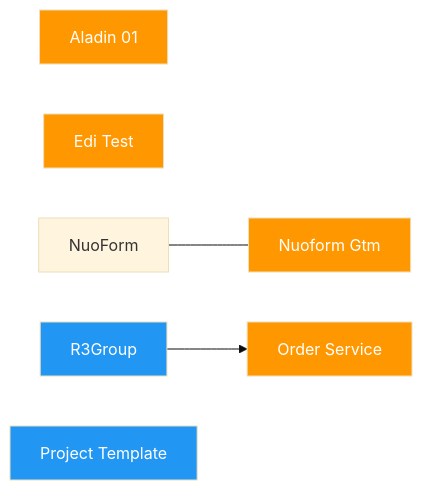
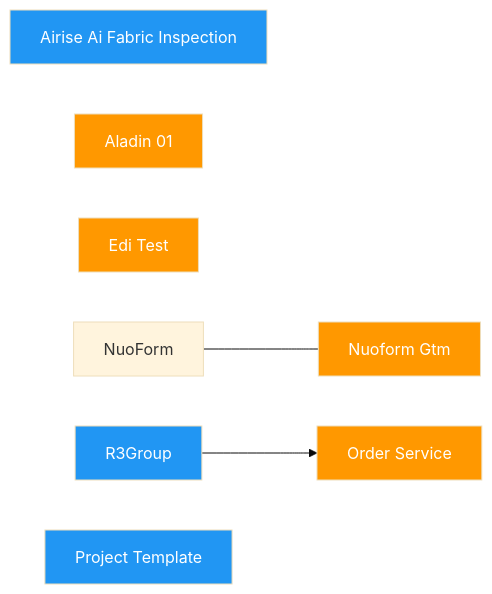
The diagram in docs/dependency-graph.md (Katty-Fashion/kf-cpto), drawn with Mermaid (base theme) before and after one commit. The commit also changed other lines of this file and 9 other files, not shown here.

````diff
--- a/docs/dependency-graph.md
+++ b/docs/dependency-graph.md
@@ -10,14 +10,15 @@
 ```mermaid
 graph LR
+    AIRise-ai-fabric-inspection[Airise Ai Fabric Inspection]:::eu
     Aladin-01[Aladin 01]:::internal
     Edi-test[Edi Test]:::internal
     NuoForm---GTM[Nuoform   Gtm]:::internal
     R3GROUP[R3Group]:::eu
     order-service[Order Service]:::internal
     project-template[Project Template]:::eu
     R3GROUP --> order-service
 
     classDef saas fill:#4CAF50,color:#fff
     classDef eu fill:#2196F3,color:#fff
     classDef internal fill:#FF9800,color:#fff
 ```
````
